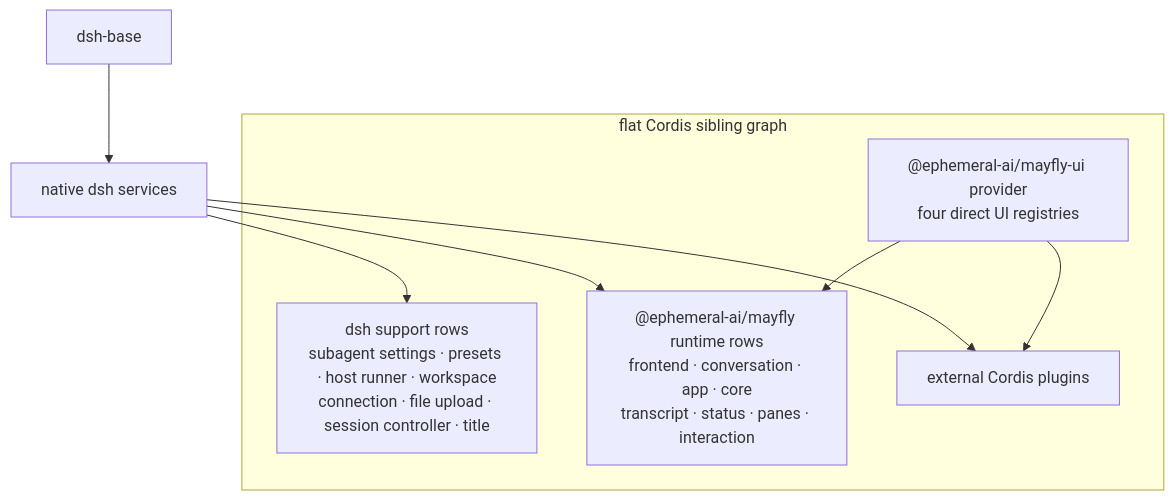
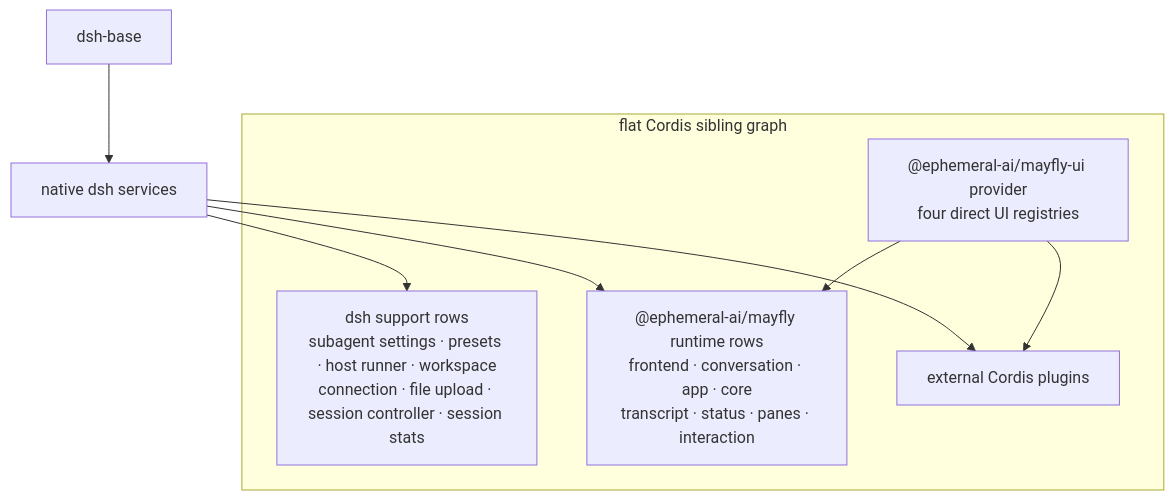
Before and after one commit to Ephemeral-AI-Lab/mayfly: the diagram in docs/diagrams/mayfly-composition.mmd, drawn with Mermaid. The commit also changed 56 other files, not shown here.

First line of the commit message:
feat: adopt dsh session naming, border title, single-line footer

```diff
--- a/docs/diagrams/mayfly-composition.mmd
+++ b/docs/diagrams/mayfly-composition.mmd
@@ -1,16 +1,16 @@
 flowchart TB
     BASE["dsh-base"]
     subgraph GRAPH["flat Cordis sibling graph"]
-        SUPPORT["dsh support rows<br/>subagent settings · presets · host runner · workspace<br/>connection · file upload · session controller · title"]
+        SUPPORT["dsh support rows<br/>subagent settings · presets · host runner · workspace<br/>connection · file upload · session controller · session stats"]
         UI["@ephemeral-ai/mayfly-ui provider<br/>four direct UI registries"]
         RUNTIME["@ephemeral-ai/mayfly runtime rows<br/>frontend · conversation · app · core<br/>transcript · status · panes · interaction"]
         PLUGINS["external Cordis plugins"]
     end
     NATIVE["native dsh services"]
 
     BASE --> NATIVE
     NATIVE --> SUPPORT
     NATIVE --> RUNTIME
     NATIVE --> PLUGINS
     UI --> RUNTIME
     UI --> PLUGINS
```
